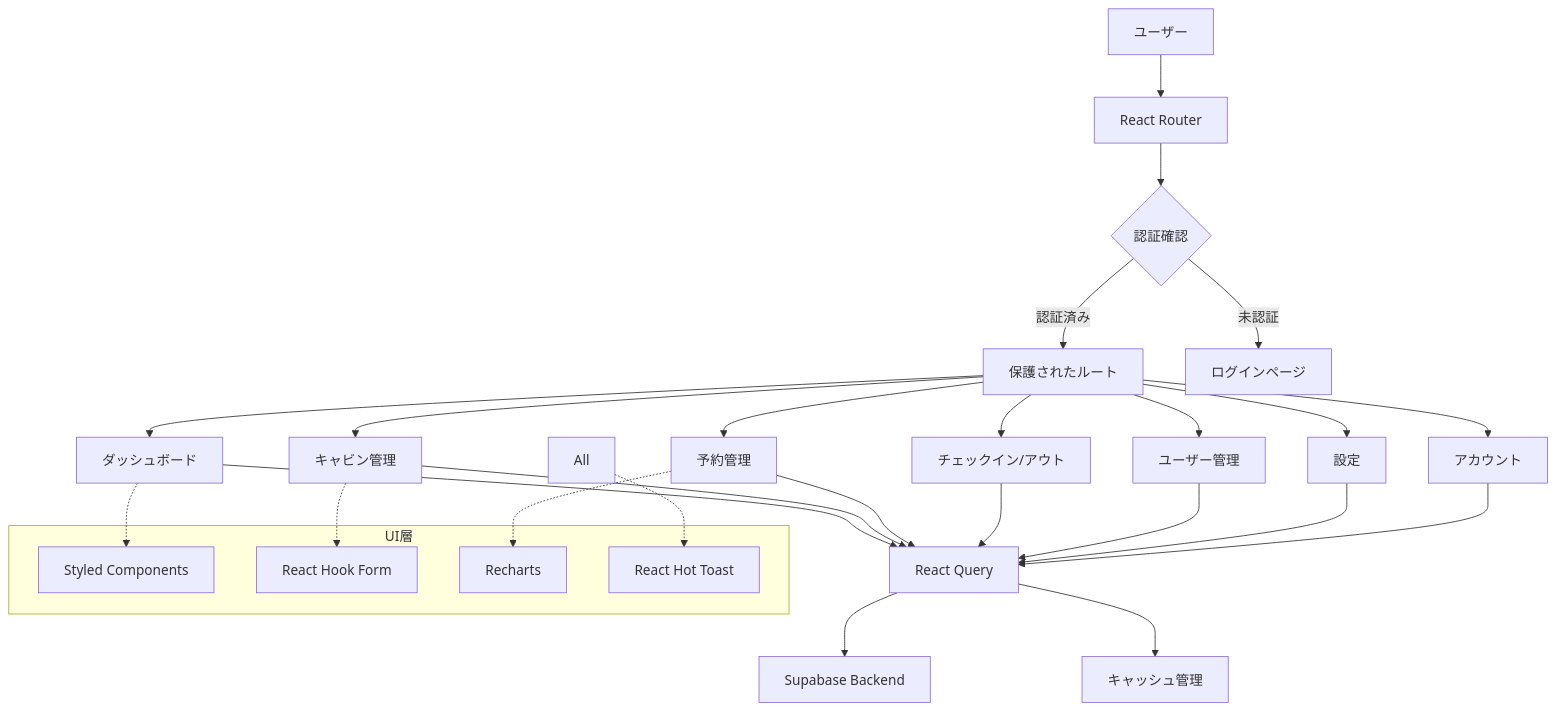
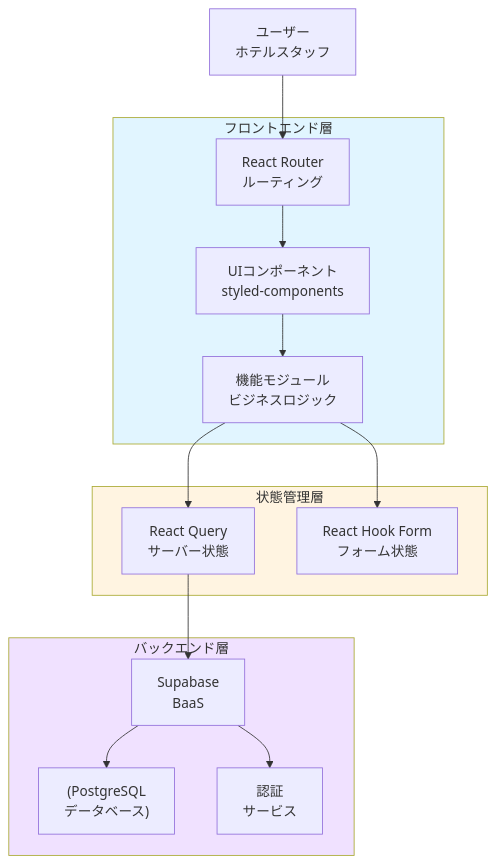
One commit to myoshi2891/The-Wild-Oasis-For-Admin changed the first of 3 diagrams in README.md. Above: the diagram before and after it, drawn with Mermaid. The commit also changed other lines of this file, not shown here.

````diff
--- a/README.md
+++ b/README.md
@@ -34,38 +33,34 @@
 ```mermaid
 graph TB
-    User[ユーザー] --> Router[React Router]
-    Router --> Auth{認証確認}
-    Auth -->|認証済み| Protected[保護されたルート]
-    Auth -->|未認証| Login[ログインページ]
+    User[ユーザー<br/>ホテルスタッフ]
     
-    Protected --> Dashboard[ダッシュボード]
-    Protected --> Cabins[キャビン管理]
-    Protected --> Bookings[予約管理]
-    Protected --> Checkin[チェックイン/アウト]
-    Protected --> Users[ユーザー管理]
-    Protected --> Settings[設定]
-    Protected --> Account[アカウント]
-    
-    Dashboard --> ReactQuery[React Query]
-    Cabins --> ReactQuery
-    Bookings --> ReactQuery
-    Checkin --> ReactQuery
-    Users --> ReactQuery
-    Settings --> ReactQuery
-    Account --> ReactQuery
-    
-    ReactQuery --> Supabase[Supabase Backend]
-    ReactQuery --> Cache[キャッシュ管理]
-    
-    subgraph "UI層"
-        StyledComponents[Styled Components]
-        Forms[React Hook Form]
-        Charts[Recharts]
-        Toast[React Hot Toast]
+    subgraph Frontend["フロントエンド層"]
+        Router[React Router<br/>ルーティング]
+        UI[UIコンポーネント<br/>styled-components]
+        Features[機能モジュール<br/>ビジネスロジック]
     end
     
-    Dashboard -.-> StyledComponents
-    Cabins -.-> Forms
-    Bookings -.-> Charts
-    All -.-> Toast
+    subgraph State["状態管理層"]
+        RQ[React Query<br/>サーバー状態]
+        Forms[React Hook Form<br/>フォーム状態]
+    end
+    
+    subgraph Backend["バックエンド層"]
+        Supabase[Supabase<br/>BaaS]
+        DB["(PostgreSQL<br/>データベース)"]
+        Auth[認証<br/>サービス]
+    end
+    
+    User --> Router
+    Router --> UI
+    UI --> Features
+    Features --> RQ
+    Features --> Forms
+    RQ --> Supabase
+    Supabase --> DB
+    Supabase --> Auth
+    
+    style Frontend fill:#e1f5ff
+    style State fill:#fff4e1
+    style Backend fill:#f0e1ff
 ```
````
